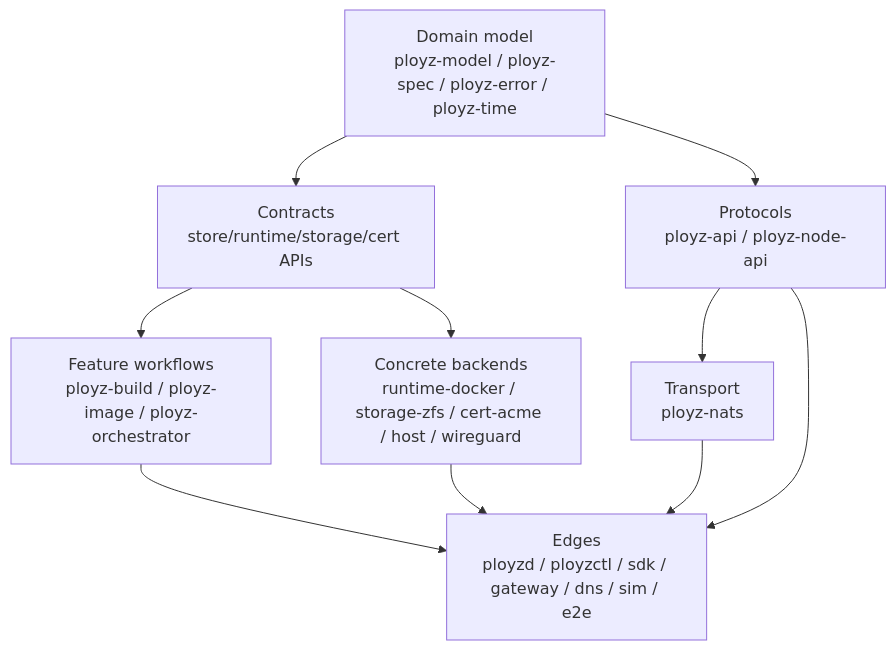
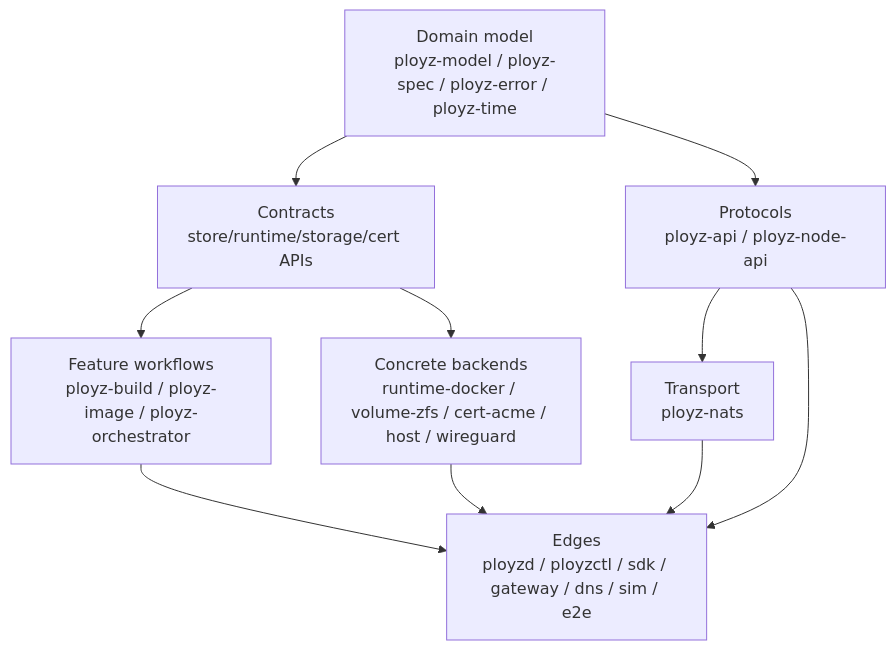
Before and after one commit to getployz/ployz: the diagram in docs/plans/2026-05-13-007-refactor-ideal-crate-layout-plan.md, drawn with Mermaid. The commit also changed other lines of this file and 42 other files, not shown here.

````diff
--- a/docs/plans/2026-05-13-007-refactor-ideal-crate-layout-plan.md
+++ b/docs/plans/2026-05-13-007-refactor-ideal-crate-layout-plan.md
@@ -78,20 +78,20 @@
 ```mermaid
 flowchart TB
     model["Domain model\nployz-model / ployz-spec / ployz-error / ployz-time"]
     contracts["Contracts\nstore/runtime/storage/cert APIs"]
     feature["Feature workflows\nployz-build / ployz-image / ployz-orchestrator"]
-    backends["Concrete backends\nruntime-docker / storage-zfs / cert-acme / host / wireguard"]
+    backends["Concrete backends\nruntime-docker / volume-zfs / cert-acme / host / wireguard"]
     protocol["Protocols\nployz-api / ployz-node-api"]
     transport["Transport\nployz-nats"]
     edges["Edges\nployzd / ployzctl / sdk / gateway / dns / sim / e2e"]
 
     model --> contracts
     contracts --> feature
     contracts --> backends
     model --> protocol
     protocol --> transport
     feature --> edges
     backends --> edges
     transport --> edges
     protocol --> edges
 ```
````
